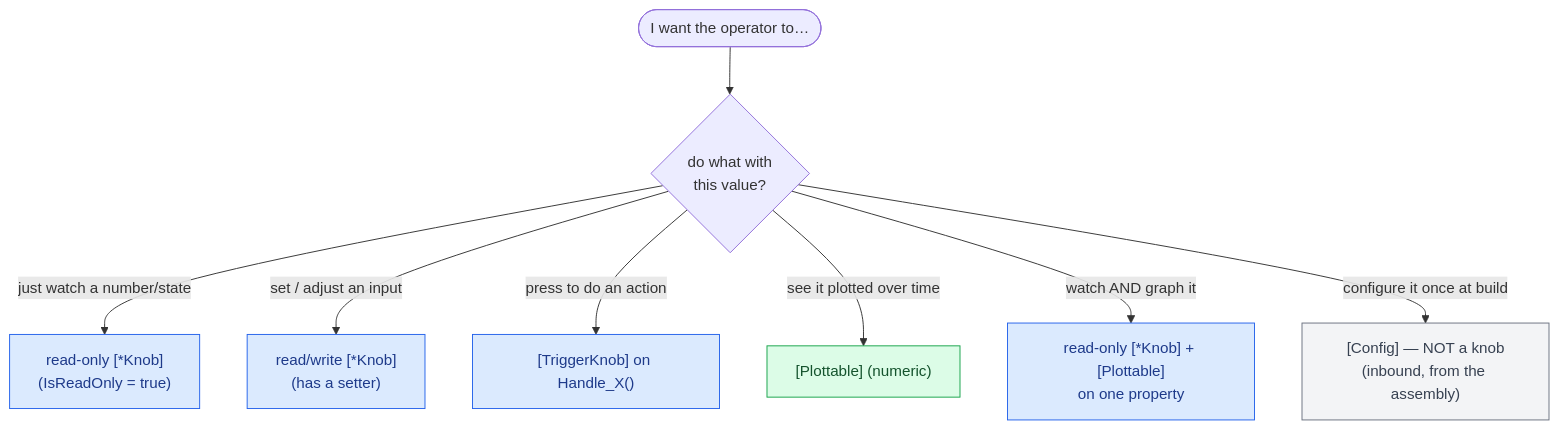
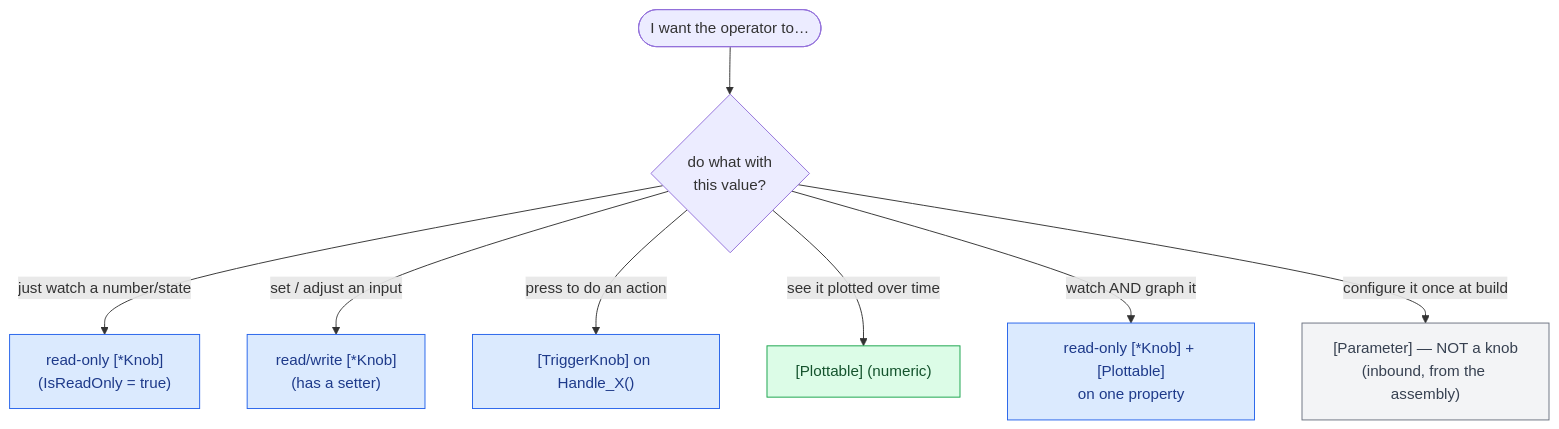
The first of 2 diagrams in public/content/observability-design.md (SimulaSharp-org/simulasharp-docs), drawn with Mermaid before and after one commit. The commit also changed other lines of this file and 28 other files, not shown here.

````diff
--- a/public/content/observability-design.md
+++ b/public/content/observability-design.md
@@ -24,17 +24,17 @@
 ```mermaid
 flowchart TD
   START(["I want the operator to…"]) --> Q
   Q{"do what with<br/>this value?"}
   Q -->|"just watch a number/state"| RO["read-only [*Knob]<br/>(IsReadOnly = true)"]
   Q -->|"set / adjust an input"| RW["read/write [*Knob]<br/>(has a setter)"]
   Q -->|"press to do an action"| TR["[TriggerKnob] on Handle_X()"]
   Q -->|"see it plotted over time"| PL["[Plottable] (numeric)"]
   Q -->|"watch AND graph it"| BOTH["read-only [*Knob] + [Plottable]<br/>on one property"]
-  Q -->|"configure it once at build"| CFG["[Config] — NOT a knob<br/>(inbound, from the assembly)"]
+  Q -->|"configure it once at build"| CFG["[Parameter] — NOT a knob<br/>(inbound, from the assembly)"]
   classDef k fill:#dbeafe,stroke:#2563eb,color:#1e3a8a;
   classDef p fill:#dcfce7,stroke:#16a34a,color:#14532d;
   classDef c fill:#f3f4f6,stroke:#6b7280,color:#374151;
   class RO,RW,TR,BOTH k;
   class PL p;
   class CFG c;
 ```
````
